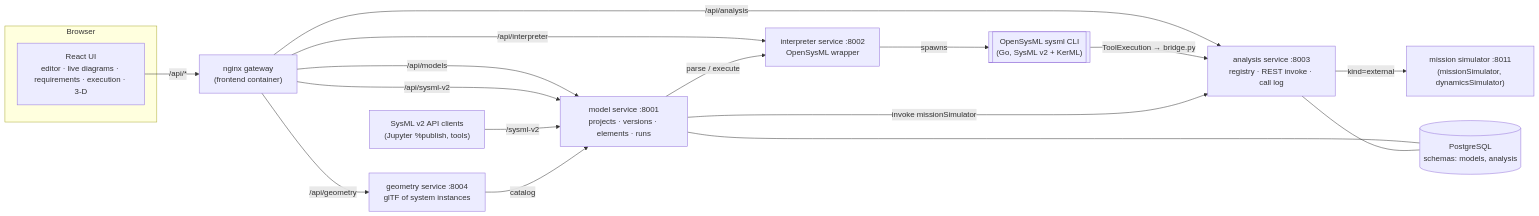
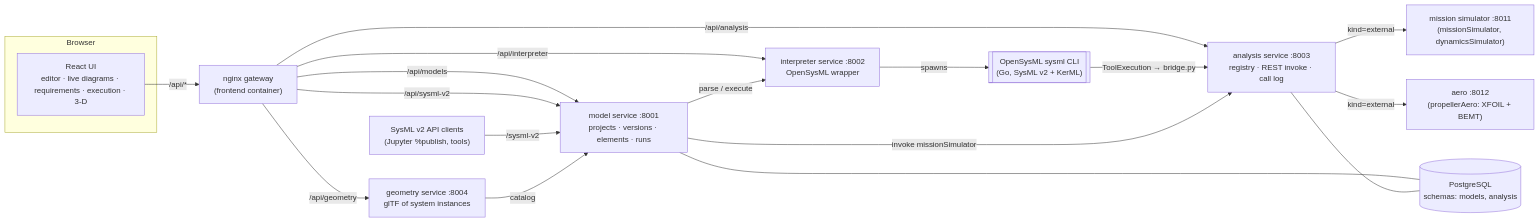
Before and after one commit to jaydeanmartin/sysml: the diagram in README.md, drawn with Mermaid. The commit also changed other lines of this file and 39 other files, not shown here.

````diff
--- a/README.md
+++ b/README.md
@@ -5,21 +5,22 @@
 ```mermaid
 flowchart LR
   subgraph Browser
     UI["React UI<br/>editor · live diagrams · requirements · execution · 3-D"]
   end
   UI -->|/api/*| GW["nginx gateway<br/>(frontend container)"]
   GW -->|/api/models| MS["model service :8001<br/>projects · versions · elements · runs"]
   GW -->|/api/sysml-v2| MS
   CL["SysML v2 API clients<br/>(Jupyter %publish, tools)"] -->|/sysml-v2| MS
   GW -->|/api/analysis| AS["analysis service :8003<br/>registry · REST invoke · call log"]
   GW -->|/api/interpreter| IS["interpreter service :8002<br/>OpenSysML wrapper"]
   GW -->|/api/geometry| GS["geometry service :8004<br/>glTF of system instances"]
   GS -->|catalog| MS
   MS -->|parse / execute| IS
   IS -->|spawns| OS[["OpenSysML sysml CLI<br/>(Go, SysML v2 + KerML)"]]
   OS -->|ToolExecution → bridge.py| AS
   AS -->|kind=external| SIM["mission simulator :8011<br/>(missionSimulator, dynamicsSimulator)"]
+  AS -->|kind=external| AERO["aero :8012<br/>(propellerAero: XFOIL + BEMT)"]
   MS -->|invoke missionSimulator| AS
   MS --- PG[(PostgreSQL<br/>schemas: models, analysis)]
   AS --- PG
 ```
````
